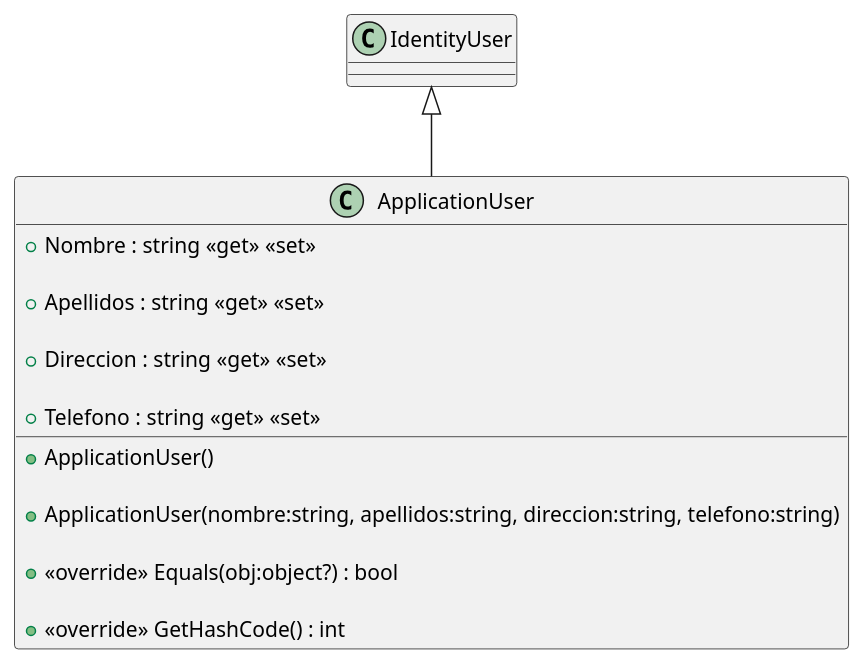
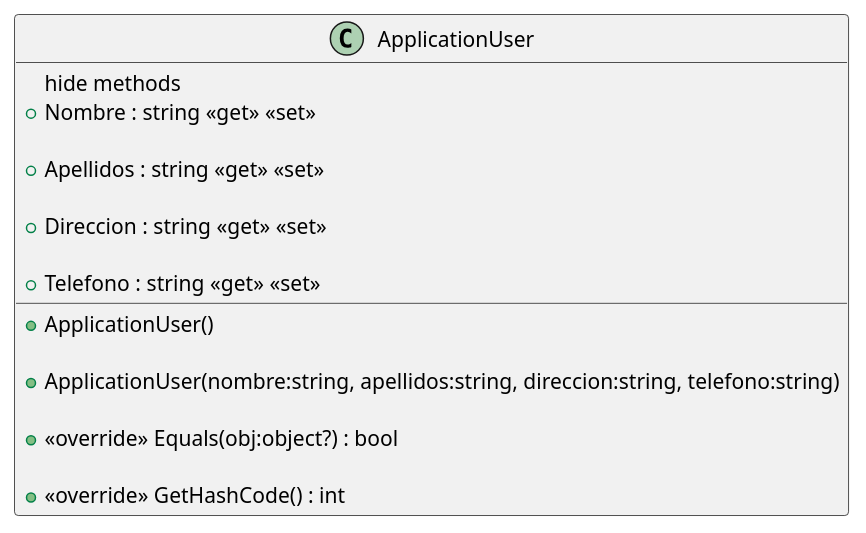
The diagram in src/AppForSEII.API/ClassDiagram/ApplicationUser.puml (ISII2627NPA/ISII2627NPA), drawn with PlantUML before and after one commit. The commit also changed other lines of this file and 5 other files, not shown here.

Commit message:
Corrección diagrama de clases (archivo .puml) (#103)

```diff
--- a/src/AppForSEII.API/ClassDiagram/ApplicationUser.puml
+++ b/src/AppForSEII.API/ClassDiagram/ApplicationUser.puml
@@ -1,26 +1,25 @@
 @startuml
 
 
 class ApplicationUser {
-
+hide methods
     + Nombre : string <<get>> <<set>>
 
     + Apellidos : string <<get>> <<set>>
 
     + Direccion : string <<get>> <<set>>
 
     + Telefono : string <<get>> <<set>>
 
     + ApplicationUser()
 
     + ApplicationUser(nombre:string, apellidos:string, direccion:string, telefono:string)
 
     + <<override>> Equals(obj:object?) : bool
 
     + <<override>> GetHashCode() : int
 
 }
 
-IdentityUser <|-- ApplicationUser
 
 @enduml
```
